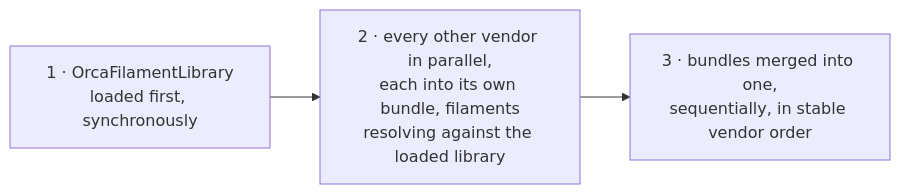
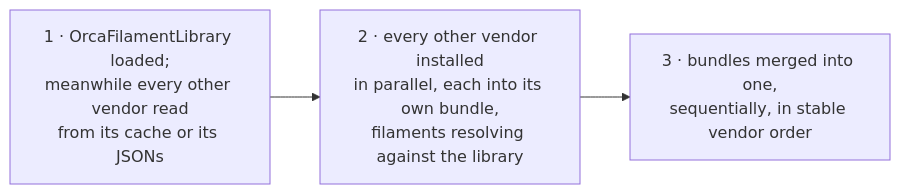
Before and after one commit to 3ricj/OrcaSlicer: the first of 2 diagrams in docs/HLSD/preset-cache.md, drawn with Mermaid. The commit also changed other lines of this file and 5 other files, not shown here.

First line of the commit message:
libslic3r: read the other vendors while the filament library loads

````diff
--- a/docs/HLSD/preset-cache.md
+++ b/docs/HLSD/preset-cache.md
@@ -169,4 +171,4 @@
 ```mermaid
 flowchart LR
-    lib["1 · OrcaFilamentLibrary<br/>loaded first, synchronously"] --> par["2 · every other vendor in parallel,<br/>each into its own bundle, filaments<br/>resolving against the loaded library"] --> merge["3 · bundles merged into one,<br/>sequentially, in stable vendor order"]
+    lib["1 · OrcaFilamentLibrary loaded;<br/>meanwhile every other vendor read<br/>from its cache or its JSONs"] --> par["2 · every other vendor installed<br/>in parallel, each into its own bundle,<br/>filaments resolving against the library"] --> merge["3 · bundles merged into one,<br/>sequentially, in stable vendor order"]
 ```
````
